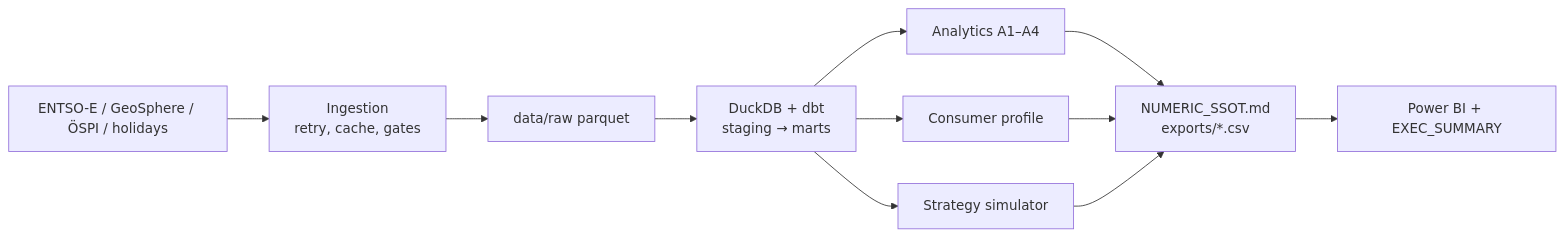
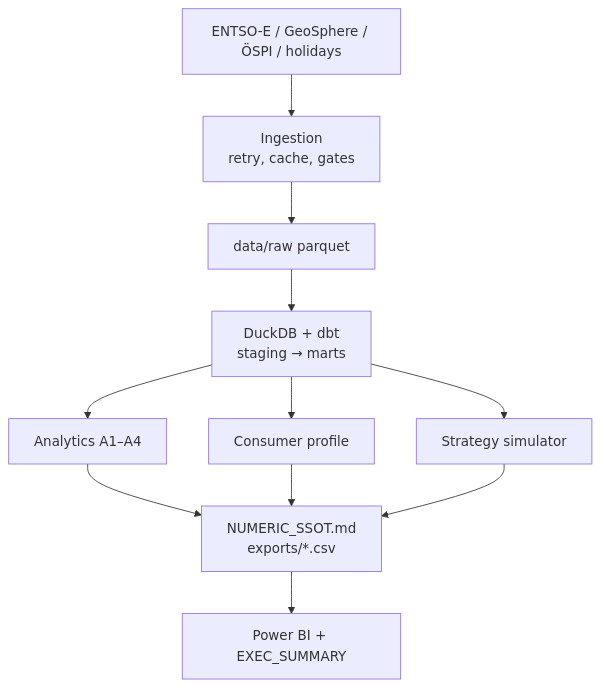
One commit to RafaelBraga-Kribitz/energy-procurement-risk-analyzer changed the diagram in README.md. Above: the diagram before and after it, drawn with Mermaid.

Commit message:
README: render the architecture diagram top-down so it fits GitHub's column
GitHub renders a Mermaid block in a fixed-width box inside the README column: 783px at
a 1240px viewport, 838px at its widest, 309px on a phone. A wider graph is not clipped,
it is shrunk, and the node labels shrink with it.

Measured with Mermaid 11 at 783px: this diagram is 1772px in LR (scale 0.44) and 661px in
TD (full size). Direction is the only change — no node, edge, label or link is touched.

TD is not universally narrower: it runs the flow vertically but lays sibling subgraphs
out side by side, so a graph with several parallel subgraphs can be wider in TD than in
LR. This one was measured both ways.

````diff
--- a/README.md
+++ b/README.md
@@ -21,13 +21,13 @@
 ```mermaid
-flowchart LR
+flowchart TD
     SRC["ENTSO-E / GeoSphere / ÖSPI / holidays"] --> ING["Ingestion<br/>retry, cache, gates"]
     ING --> RAW["data/raw parquet"]
     RAW --> WH["DuckDB + dbt<br/>staging → marts"]
     WH --> A["Analytics A1–A4"]
     WH --> P["Consumer profile"]
     WH --> S["Strategy simulator"]
     A --> SSOT["NUMERIC_SSOT.md<br/>exports/*.csv"]
     P --> SSOT
     S --> SSOT
     SSOT --> RPT["Power BI + EXEC_SUMMARY"]
 ```
````
